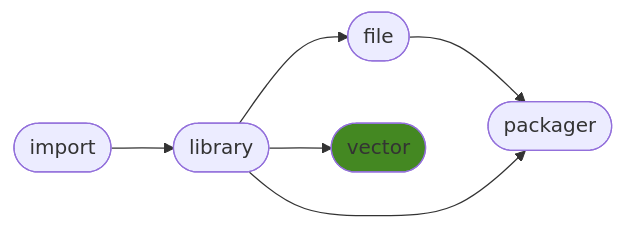
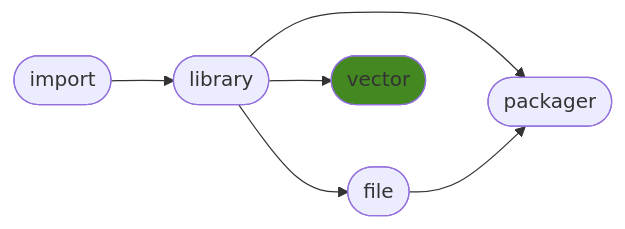
Before and after one commit to ManderaGeneral/generalvector: the diagram in README.md, drawn with Mermaid. The commit also changed other lines of this file, not shown here.

````diff
--- a/README.md
+++ b/README.md
@@ -16,14 +16,14 @@
 ```mermaid
 flowchart LR
+1([library]) --> 4([packager])
 1([library]) --> 3([vector])
+1([library]) --> 2([file])
+0([import]) --> 1([library])
 2([file]) --> 4([packager])
-1([library]) --> 4([packager])
-0([import]) --> 1([library])
-1([library]) --> 2([file])
 click 0 "https://github.com/ManderaGeneral/generalimport"
 click 1 "https://github.com/ManderaGeneral/generallibrary"
 click 2 "https://github.com/ManderaGeneral/generalfile"
 click 3 "https://github.com/ManderaGeneral/generalvector"
 click 4 "https://github.com/ManderaGeneral/generalpackager"
 style 3 fill:#482
 ```
````
